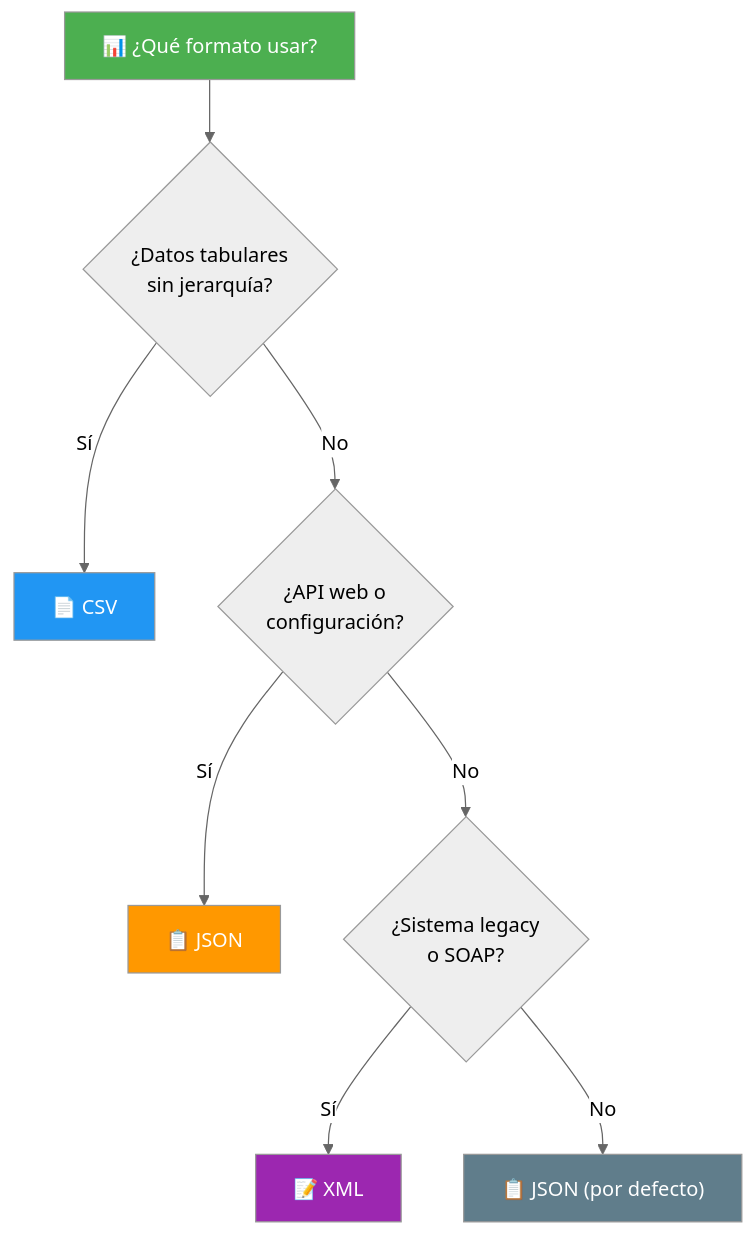
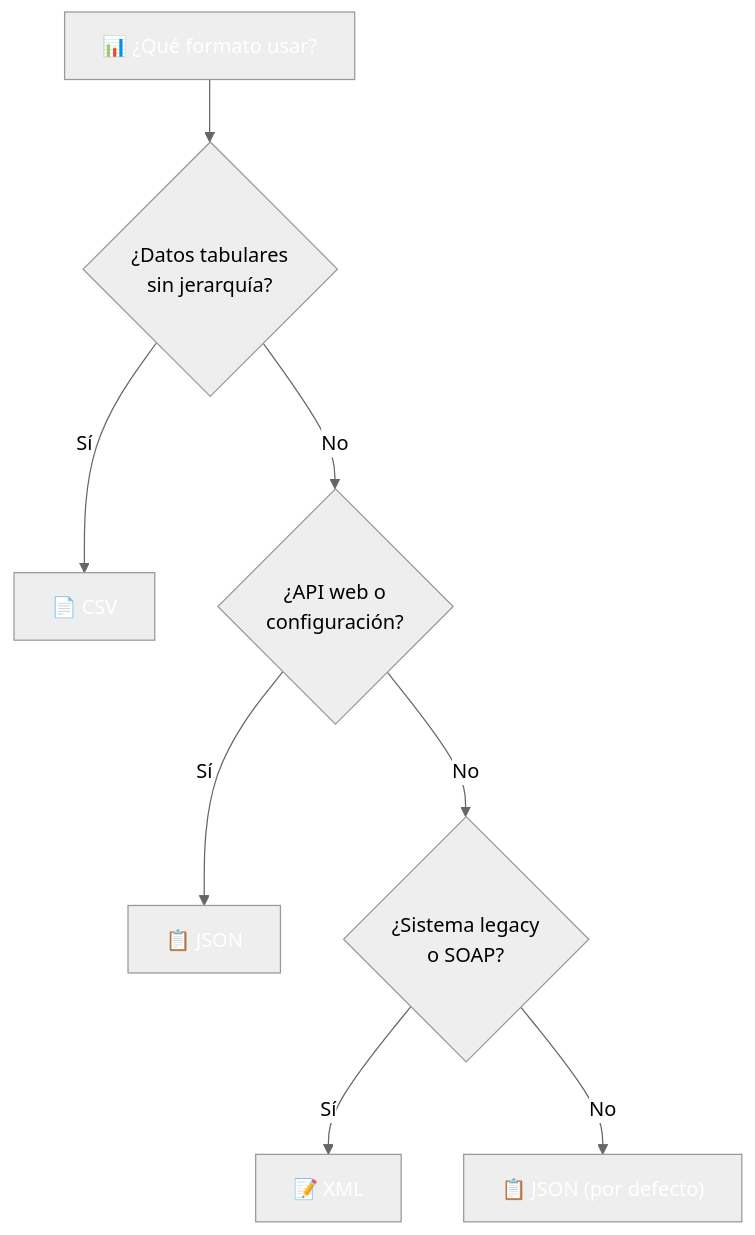
Before and after one commit to joseluisgs/DesarrolloWebEntornosServidor-01-2026-2027: the second of 2 diagrams in 14-ficheros-formatos.md, drawn with Mermaid (neutral theme). The commit also changed other lines of this file and 66 other files, not shown here.

First line of the commit message:
fix: normalizar titulos al castellano de frase y corregir la paleta de mermaid

````diff
--- a/14-ficheros-formatos.md
+++ b/14-ficheros-formatos.md
@@ -488,16 +488,16 @@
 ```mermaid
 graph TD
     A["📊 ¿Qué formato usar?"] --> B{"¿Datos tabulares<br/>sin jerarquía?"}
     B -->|"Sí"| C["📄 CSV"]
     B -->|"No"| D{"¿API web o<br/>configuración?"}
     D -->|"Sí"| E["📋 JSON"]
     D -->|"No"| F{"¿Sistema legacy<br/>o SOAP?"}
     F -->|"Sí"| G["📝 XML"]
     F -->|"No"| H["📋 JSON (por defecto)"]
 
-    style A fill:#4CAF50,color:#fff
-    style C fill:#2196F3,color:#fff
-    style E fill:#FF9800,color:#fff
-    style G fill:#9C27B0,color:#fff
-    style H fill:#607D8B,color:#fff
+    style A fill:#4CAF5,color:#fff0,color:#fff
+    style C fill:#2196F,color:#fff3,color:#fff
+    style E fill:#FF980,color:#fff0,color:#fff
+    style G fill:#9C27B,color:#fff0,color:#fff
+    style H fill:#607D8,color:#fffB,color:#fff
 ```
````
